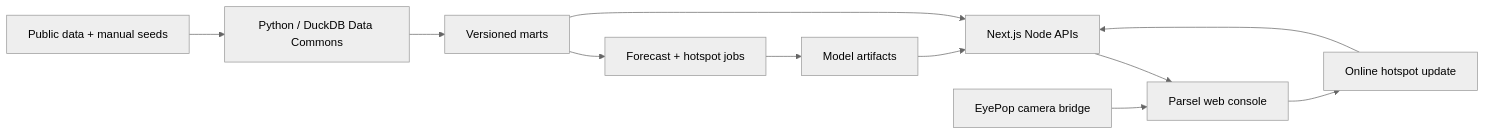
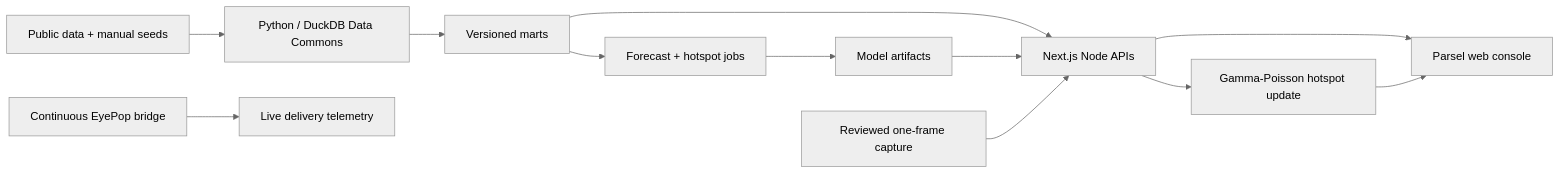
One commit to pynay/DSAHacks changed the diagram in README.md. Above: the diagram before and after it, drawn with Mermaid (neutral theme). The commit also changed other lines of this file and 4 other files, not shown here.

Commit message:
feat: center landing story on EyePop workflow

````diff
--- a/README.md
+++ b/README.md
@@ -85,17 +97,20 @@
 ```mermaid
 flowchart LR
     sources[Public data + manual seeds]
     etl[Python / DuckDB Data Commons]
     marts[Versioned marts]
     models[Forecast + hotspot jobs]
     artifacts[Model artifacts]
     api[Next.js Node APIs]
     ui[Parsel web console]
-    bridge[EyePop camera bridge]
-    feedback[Online hotspot update]
+    bridge[Continuous EyePop bridge]
+    liveUi[Live delivery telemetry]
+    capture[Reviewed one-frame capture]
+    feedback[Gamma-Poisson hotspot update]
 
     sources --> etl --> marts --> models --> artifacts
     marts --> api
     artifacts --> api --> ui
-    bridge --> ui --> feedback --> api
+    bridge --> liveUi
+    capture --> api --> feedback --> ui
 ```
````
